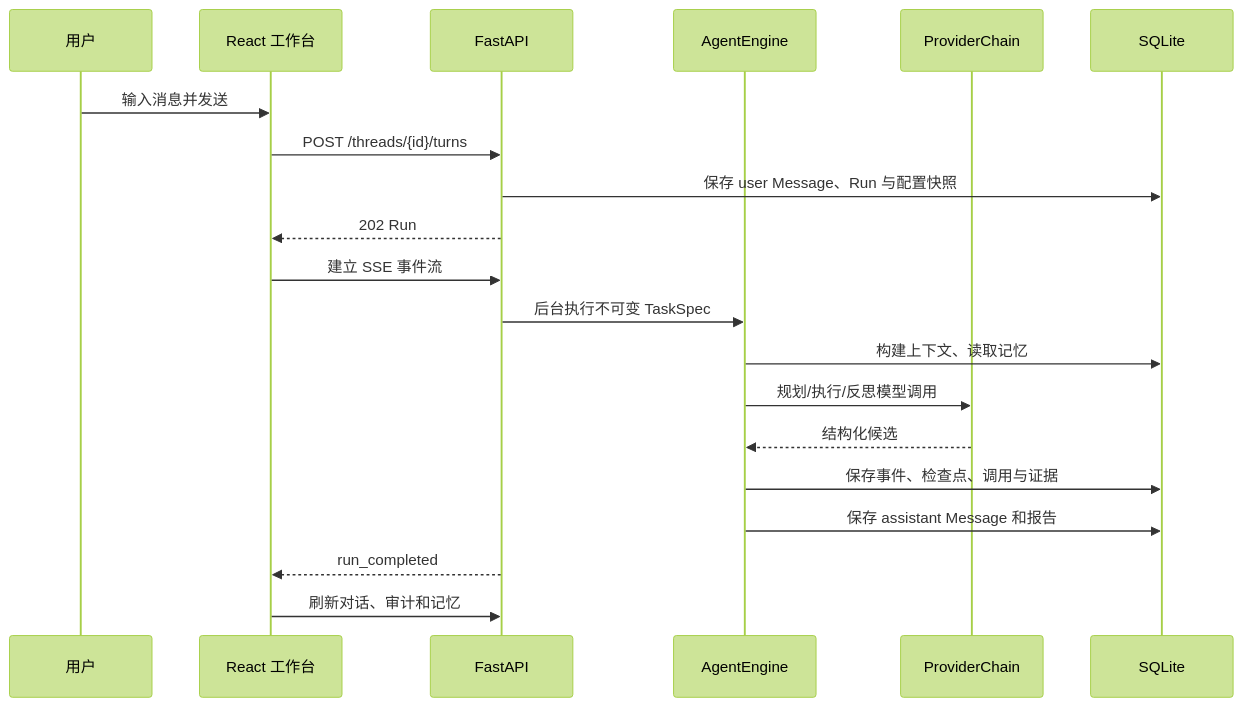
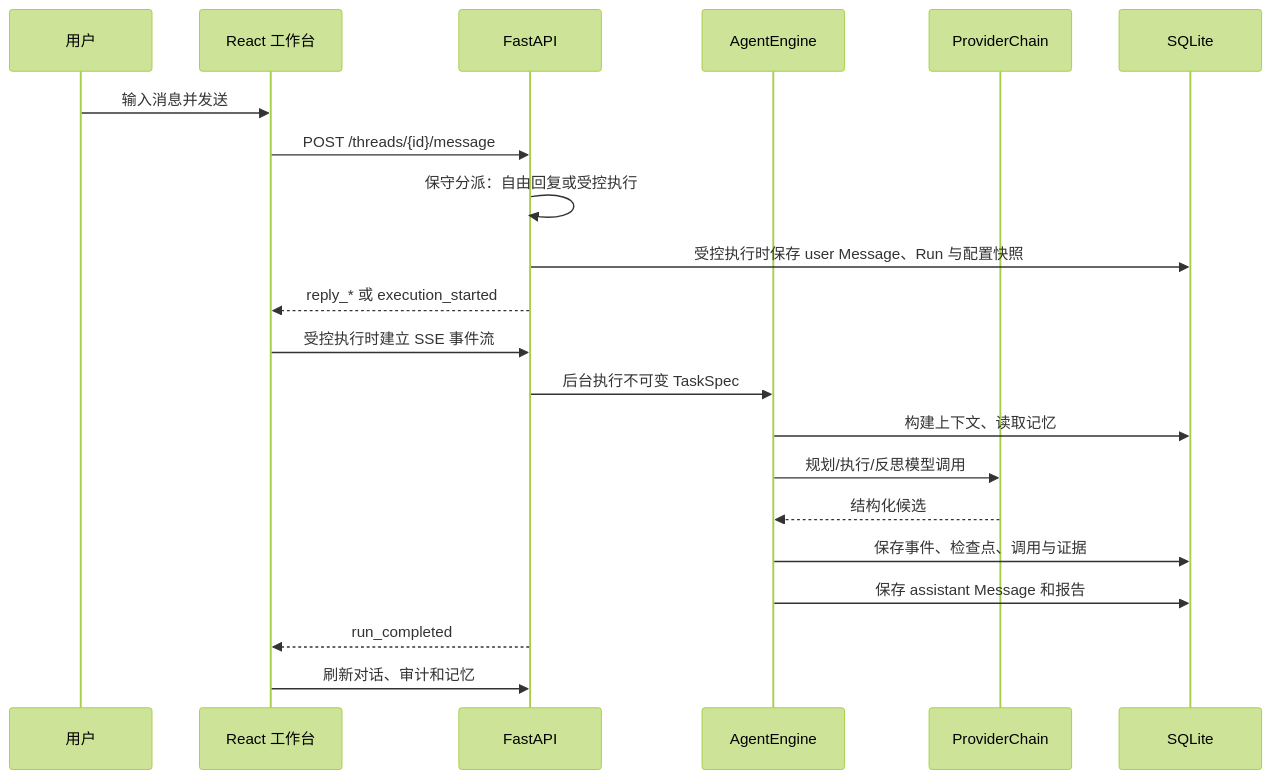
One commit to fuyao0612/gdaib-ctf-agent changed the diagram in docs/learning-guide.md. Above: the diagram before and after it, drawn with Mermaid (forest theme). The commit also changed other lines of this file and 27 other files, not shown here.

````diff
--- a/docs/learning-guide.md
+++ b/docs/learning-guide.md
@@ -21,22 +21,23 @@
 ```mermaid
 sequenceDiagram
     participant U as 用户
     participant W as React 工作台
     participant A as FastAPI
     participant E as AgentEngine
     participant P as ProviderChain
     participant S as SQLite
     U->>W: 输入消息并发送
-    W->>A: POST /threads/{id}/turns
-    A->>S: 保存 user Message、Run 与配置快照
-    A-->>W: 202 Run
-    W->>A: 建立 SSE 事件流
+    W->>A: POST /threads/{id}/message
+    A->>A: 保守分派：自由回复或受控执行
+    A->>S: 受控执行时保存 user Message、Run 与配置快照
+    A-->>W: reply_* 或 execution_started
+    W->>A: 受控执行时建立 SSE 事件流
     A->>E: 后台执行不可变 TaskSpec
     E->>S: 构建上下文、读取记忆
     E->>P: 规划/执行/反思模型调用
     P-->>E: 结构化候选
     E->>S: 保存事件、检查点、调用与证据
     E->>S: 保存 assistant Message 和报告
     A-->>W: run_completed
     W->>A: 刷新对话、审计和记忆
 ```
````
